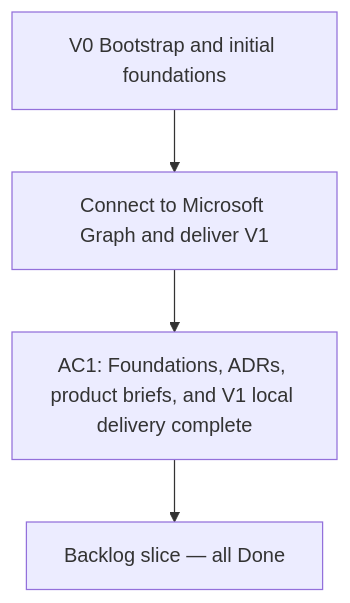
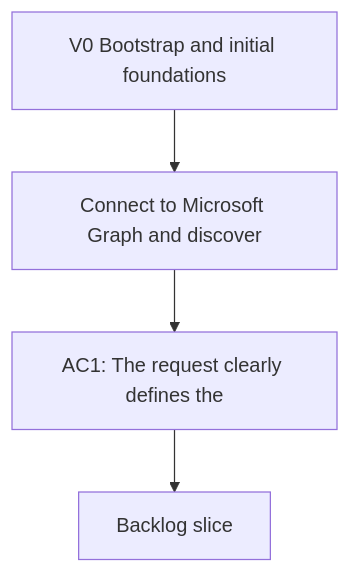
Before and after one commit to AlexAgo83/deepvault: the diagram in logics/request/req_000_v0_bootstrap_and_initial_foundations.md, drawn with Mermaid. The commit also changed 28 other files, not shown here.

````diff
--- a/logics/request/req_000_v0_bootstrap_and_initial_foundations.md
+++ b/logics/request/req_000_v0_bootstrap_and_initial_foundations.md
@@ -55,8 +55,8 @@
 ```mermaid
 %% logics-kind: request
 %% logics-signature: request|v0-bootstrap-and-initial-foundations|connect-to-microsoft-graph-and-discover|ac1-the-request-clearly-defines-the
 flowchart TD
-    Trigger[V0 Bootstrap and initial foundations] --> Need[Connect to Microsoft Graph and deliver V1]
-    Need --> Outcome[AC1: Foundations, ADRs, product briefs, and V1 local delivery complete]
-    Outcome --> Backlog[Backlog slice — all Done]
+    Trigger[V0 Bootstrap and initial foundations] --> Need[Connect to Microsoft Graph and discover]
+    Need --> Outcome[AC1: The request clearly defines the]
+    Outcome --> Backlog[Backlog slice]
 ```
````
